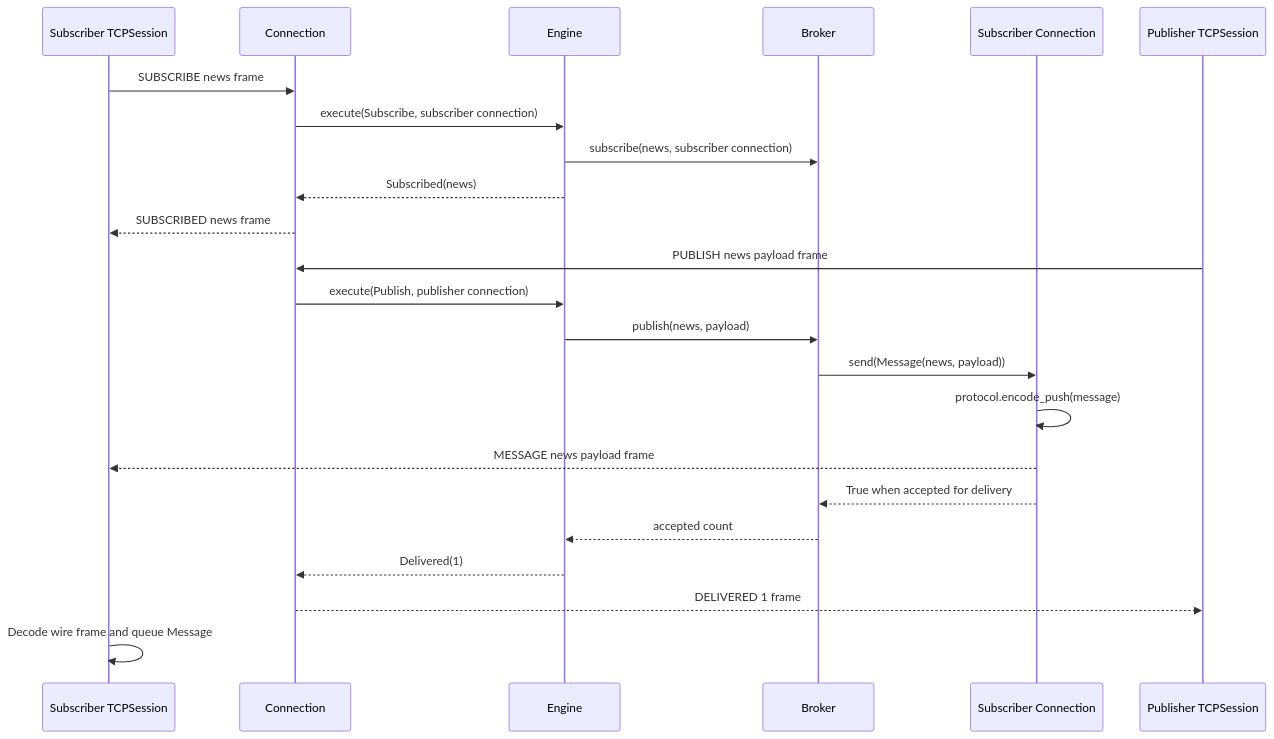
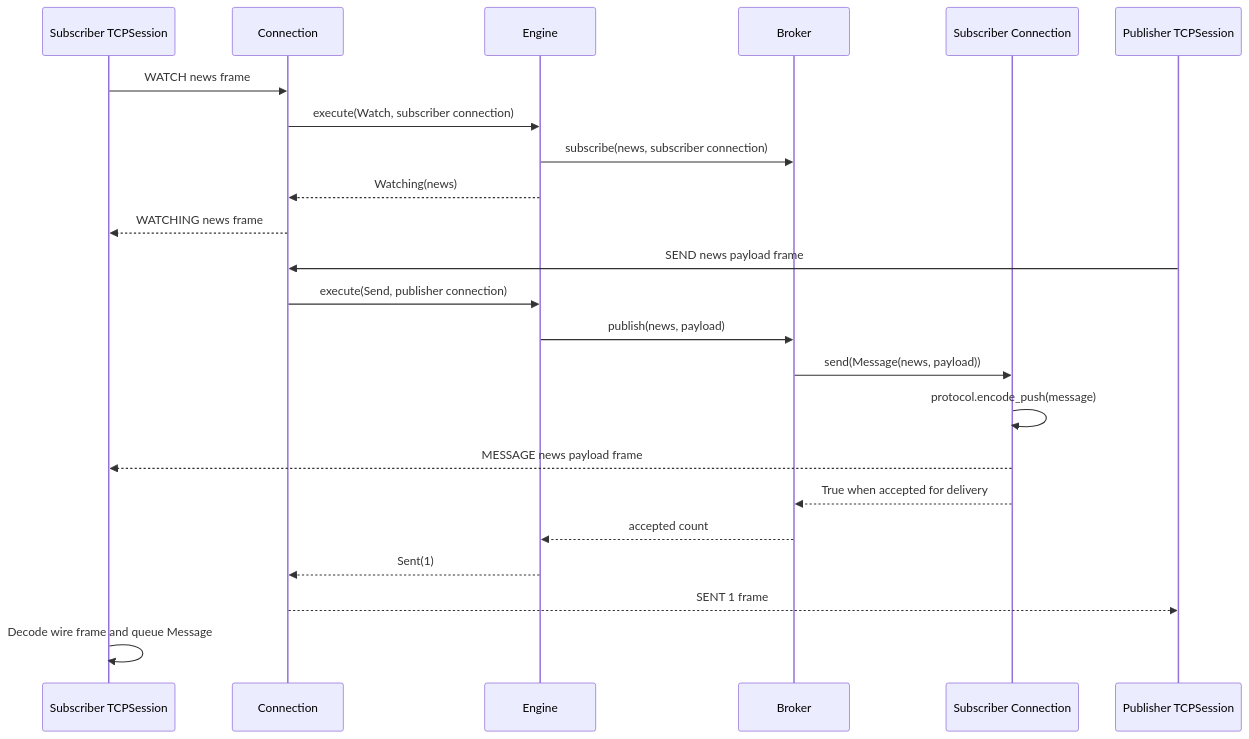
The third of 5 diagrams in README.md (gchape/velis), drawn with Mermaid before and after one commit. The commit also changed other lines of this file and 58 other files, not shown here.

````diff
--- a/README.md
+++ b/README.md
@@ -262,27 +322,27 @@
 ```mermaid
 sequenceDiagram
     participant A as Subscriber TCPSession
     participant S as Connection
     participant E as Engine
     participant B as Broker
     participant N as Subscriber Connection
     participant P as Publisher TCPSession
 
-    A->>S: SUBSCRIBE news frame
-    S->>E: execute(Subscribe, subscriber connection)
+    A->>S: WATCH news frame
+    S->>E: execute(Watch, subscriber connection)
     E->>B: subscribe(news, subscriber connection)
-    E-->>S: Subscribed(news)
-    S-->>A: SUBSCRIBED news frame
+    E-->>S: Watching(news)
+    S-->>A: WATCHING news frame
 
-    P->>S: PUBLISH news payload frame
-    S->>E: execute(Publish, publisher connection)
+    P->>S: SEND news payload frame
+    S->>E: execute(Send, publisher connection)
     E->>B: publish(news, payload)
     B->>N: send(Message(news, payload))
     N->>N: protocol.encode_push(message)
     N-->>A: MESSAGE news payload frame
     N-->>B: True when accepted for delivery
     B-->>E: accepted count
-    E-->>S: Delivered(1)
-    S-->>P: DELIVERED 1 frame
+    E-->>S: Sent(1)
+    S-->>P: SENT 1 frame
     A->>A: Decode wire frame and queue Message
 ```
````
